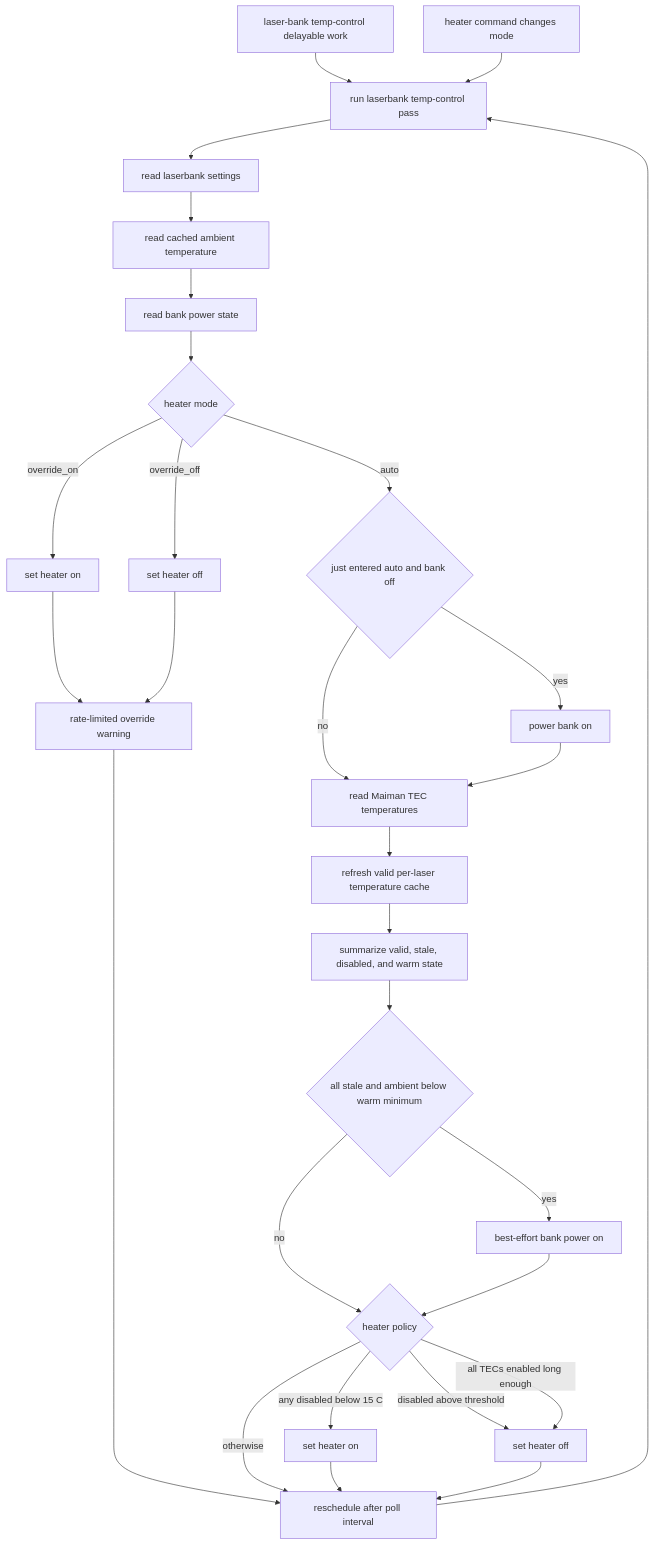
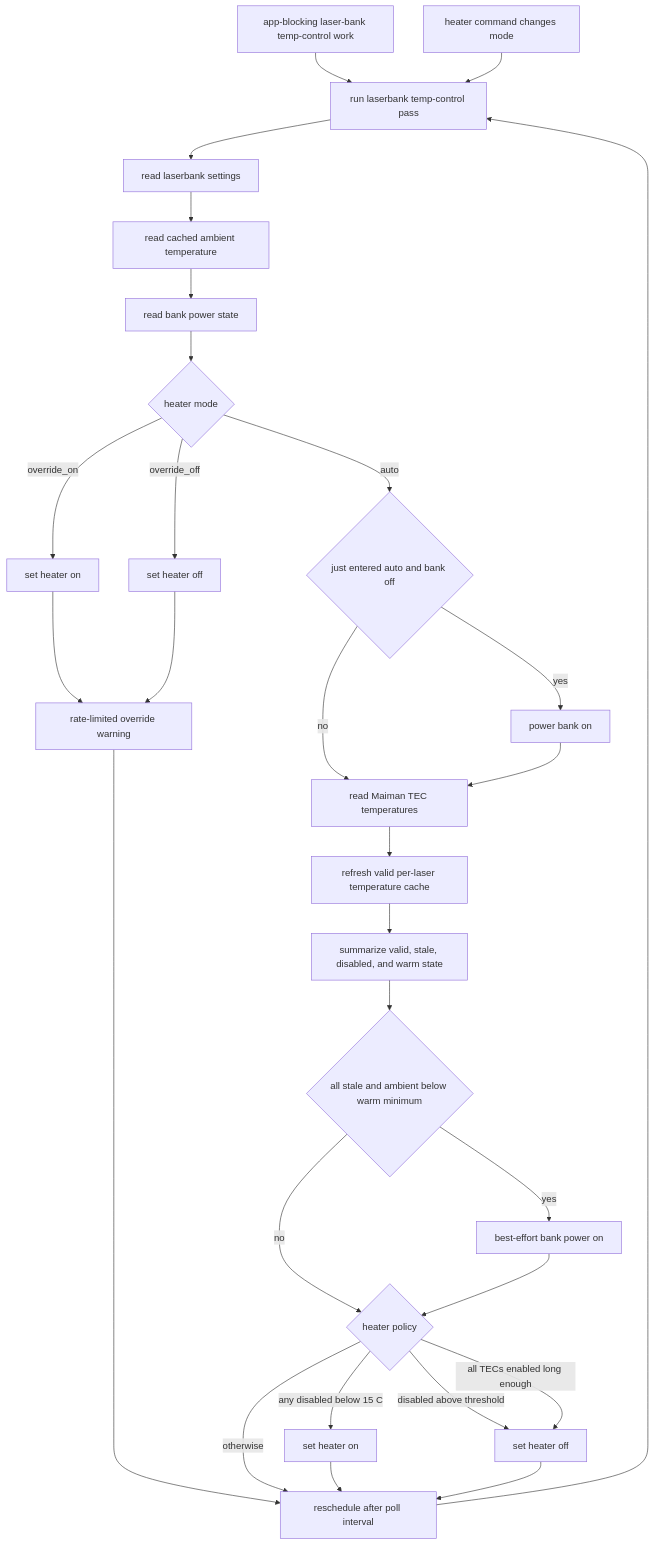
Diagram 20 of 22 in doc/diagrams.md (COO-Utilities/hispec-tib), drawn with Mermaid before and after one commit. The commit also changed other lines of this file and 12 other files, not shown here.

Commit message:
Move blocking app work off system queue

````diff
--- a/doc/diagrams.md
+++ b/doc/diagrams.md
@@ -422,35 +422,35 @@
 ```mermaid
 flowchart TD
-  Work[laser-bank temp-control delayable work] --> Cycle[run laserbank temp-control pass]
+  Work[app-blocking laser-bank temp-control work] --> Cycle[run laserbank temp-control pass]
   Cycle --> Settings[read laserbank settings]
   Settings --> Ambient[read cached ambient temperature]
   Ambient --> Power[read bank power state]
   Power --> Mode{heater mode}
 
   Mode -- override_on --> ForceOn[set heater on]
   Mode -- override_off --> ForceOff[set heater off]
   ForceOn --> OverrideWarn[rate-limited override warning]
   ForceOff --> OverrideWarn
   OverrideWarn --> Wait
 
   Mode -- auto --> EnteredAuto{just entered auto and bank off}
   EnteredAuto -- yes --> PowerBank[power bank on]
   EnteredAuto -- no --> ReadTemps[read Maiman TEC temperatures]
   PowerBank --> ReadTemps
   ReadTemps --> Cache[refresh valid per-laser temperature cache]
   Cache --> Summarize[summarize valid, stale, disabled, and warm state]
   Summarize --> AllStaleCold{all stale and ambient below warm minimum}
   AllStaleCold -- yes --> KeepPower[best-effort bank power on]
   AllStaleCold -- no --> HeaterPolicy
   KeepPower --> HeaterPolicy{heater policy}
   HeaterPolicy -- any disabled below 15 C --> HeaterOn[set heater on]
   HeaterPolicy -- disabled above threshold --> HeaterOff[set heater off]
   HeaterPolicy -- all TECs enabled long enough --> HeaterOff
   HeaterPolicy -- otherwise --> Wait
   HeaterOn --> Wait
   HeaterOff --> Wait
 
   Wait[reschedule after poll interval]
   Wake[heater command changes mode] --> Cycle
   Wait --> Cycle
 ```
````
